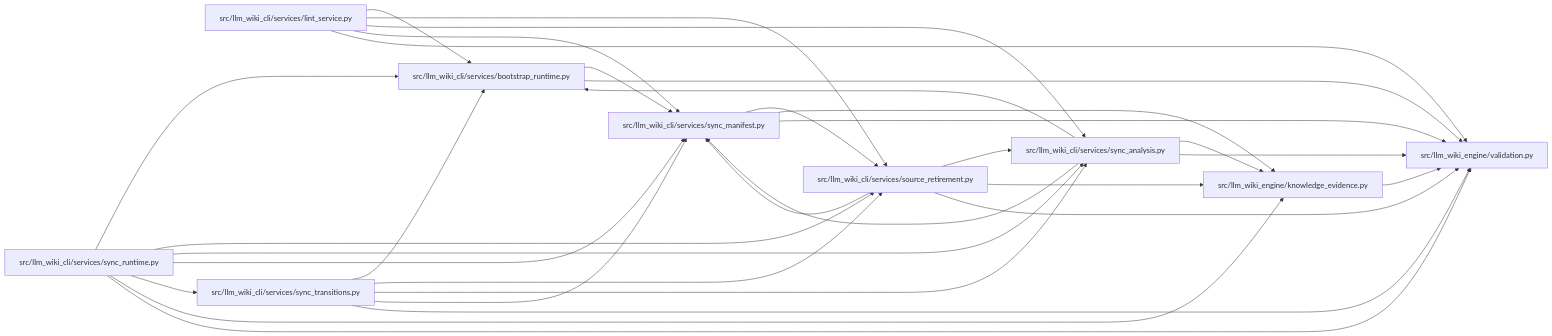
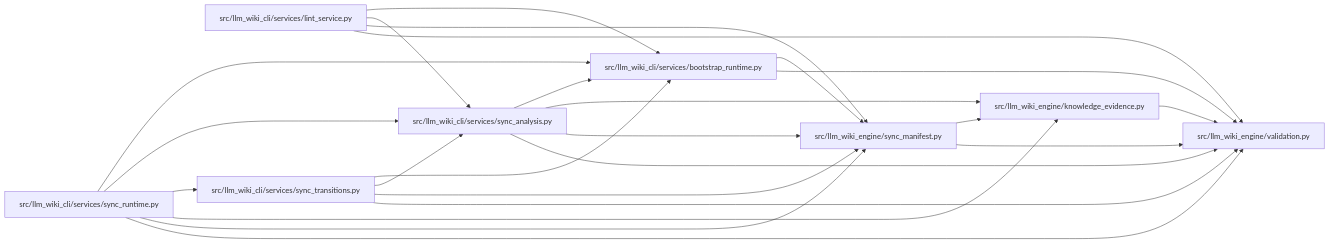
Before and after one commit to Denissvgn/python-wiki-llm: the diagram in docs/llm_wiki/modules/sync_analysis.md, drawn with Mermaid. The commit also changed other lines of this file and 1058 other files, not shown here.

First line of the commit message:
docs: refresh the wiki for the knowledge store move

````diff
--- a/docs/llm_wiki/modules/sync_analysis.md
+++ b/docs/llm_wiki/modules/sync_analysis.md
@@ -26,52 +26,42 @@
 ```mermaid
 flowchart LR
     n0["src/llm_wiki_cli/services/bootstrap_runtime.py"]
     n1["src/llm_wiki_cli/services/lint_service.py"]
-    n2["src/llm_wiki_cli/services/source_retirement.py"]
-    n3["src/llm_wiki_cli/services/sync_analysis.py"]
-    n4["src/llm_wiki_cli/services/sync_manifest.py"]
-    n5["src/llm_wiki_cli/services/sync_runtime.py"]
-    n6["src/llm_wiki_cli/services/sync_transitions.py"]
-    n7["src/llm_wiki_engine/knowledge_evidence.py"]
-    n8["src/llm_wiki_engine/validation.py"]
-    n0 --> n4
-    n0 --> n8
+    n2["src/llm_wiki_cli/services/sync_analysis.py"]
+    n3["src/llm_wiki_cli/services/sync_runtime.py"]
+    n4["src/llm_wiki_cli/services/sync_transitions.py"]
+    n5["src/llm_wiki_engine/knowledge_evidence.py"]
+    n6["src/llm_wiki_engine/sync_manifest.py"]
+    n7["src/llm_wiki_engine/validation.py"]
+    n0 --> n6
+    n0 --> n7
     n1 --> n0
     n1 --> n2
-    n1 --> n3
-    n1 --> n4
-    n1 --> n8
-    n2 --> n3
-    n2 --> n4
+    n1 --> n6
+    n1 --> n7
+    n2 --> n0
+    n2 --> n5
+    n2 --> n6
     n2 --> n7
-    n2 --> n8
     n3 --> n0
+    n3 --> n2
     n3 --> n4
+    n3 --> n5
+    n3 --> n6
     n3 --> n7
-    n3 --> n8
+    n4 --> n0
     n4 --> n2
+    n4 --> n6
     n4 --> n7
-    n4 --> n8
-    n5 --> n0
-    n5 --> n2
-    n5 --> n3
-    n5 --> n4
-    n5 --> n6
     n5 --> n7
-    n5 --> n8
-    n6 --> n0
-    n6 --> n2
-    n6 --> n3
-    n6 --> n4
-    n6 --> n8
-    n7 --> n8
+    n6 --> n5
+    n6 --> n7
     click n0 "../modules/bootstrap_runtime.md"
     click n1 "../modules/lint_service.md"
-    click n2 "../modules/source_retirement.md"
-    click n3 "../modules/sync_analysis.md"
-    click n4 "../modules/sync_manifest.md"
-    click n5 "../modules/sync_runtime.md"
-    click n6 "../modules/sync_transitions.md"
-    click n7 "../modules/knowledge_evidence.md"
-    click n8 "../modules/validation.md"
+    click n2 "../modules/sync_analysis.md"
+    click n3 "../modules/sync_runtime.md"
+    click n4 "../modules/sync_transitions.md"
+    click n5 "../modules/knowledge_evidence.md"
+    click n6 "../modules/sync_manifest.md"
+    click n7 "../modules/validation.md"
 ```
````
